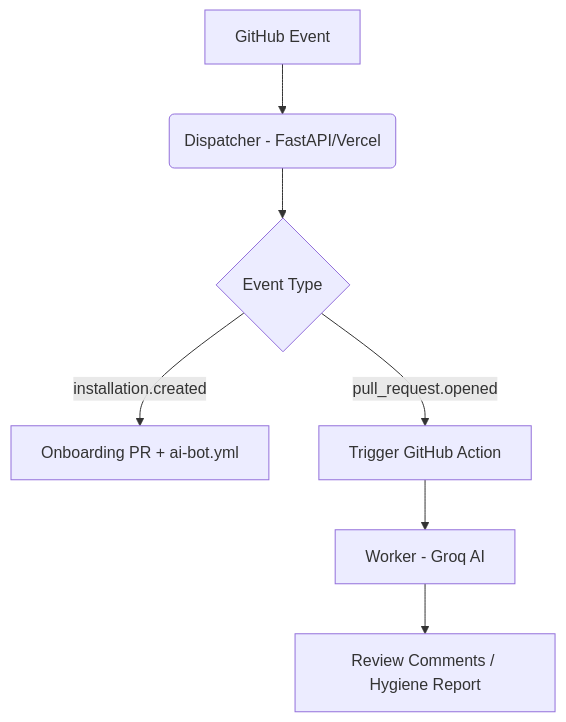
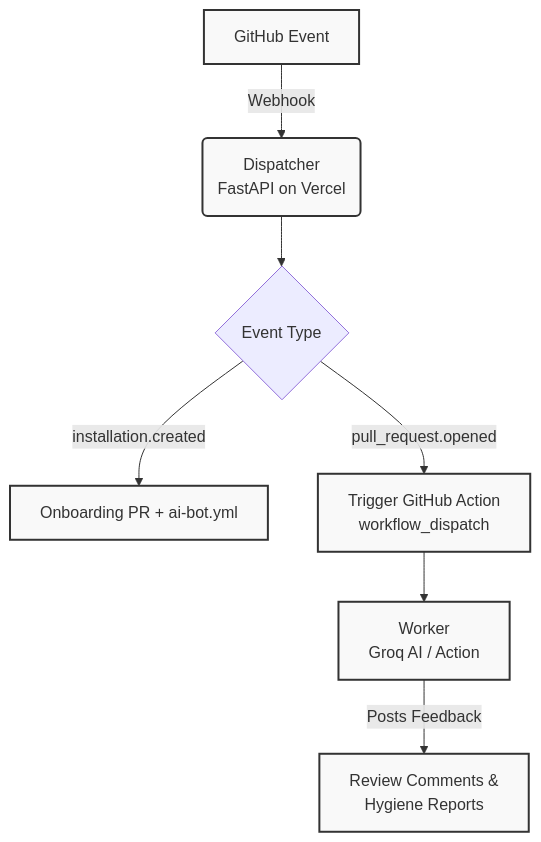
Before and after one commit to shrujaya/repo-ranger: the diagram in README.md, drawn with Mermaid. The commit also changed other lines of this file, not shown here.

````diff
--- a/README.md
+++ b/README.md
@@ -17,9 +32,15 @@
 ```mermaid
 graph TD
-    A[GitHub Event] --> B(Dispatcher - FastAPI/Vercel)
+    classDef highlight fill:#f9f9f9,stroke:#333,stroke-width:2px;
+    A[GitHub Event] -->|Webhook| B(Dispatcher<br/>FastAPI on Vercel)
+    
     B --> C{Event Type}
+    
     C -- installation.created --> D[Onboarding PR + ai-bot.yml]
-    C -- pull_request.opened --> E[Trigger GitHub Action]
-    E --> F[Worker - Groq AI]
-    F --> G[Review Comments / Hygiene Report]
+    C -- pull_request.opened --> E[Trigger GitHub Action<br/>workflow_dispatch]
+    
+    E --> F[Worker<br/>Groq AI / Action]
+    F -->|Posts Feedback| G[Review Comments &<br/>Hygiene Reports]
+    
+    class A,B,D,E,F,G highlight;
 ```
````
